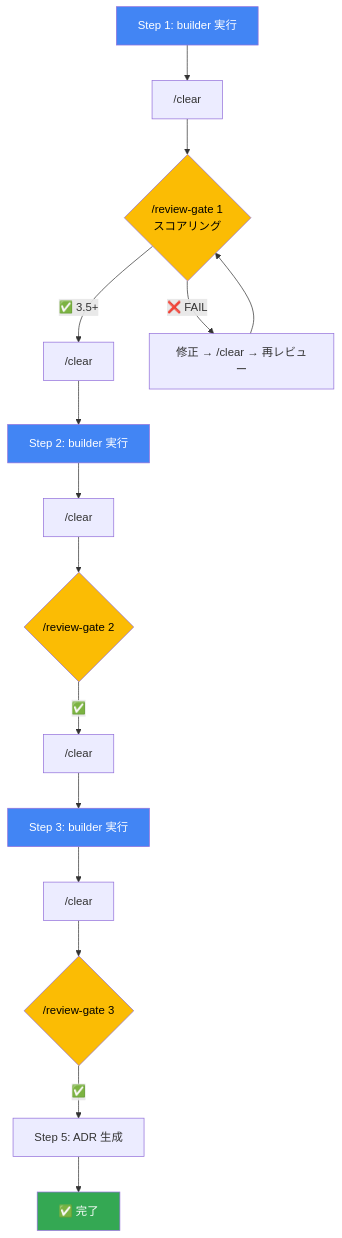
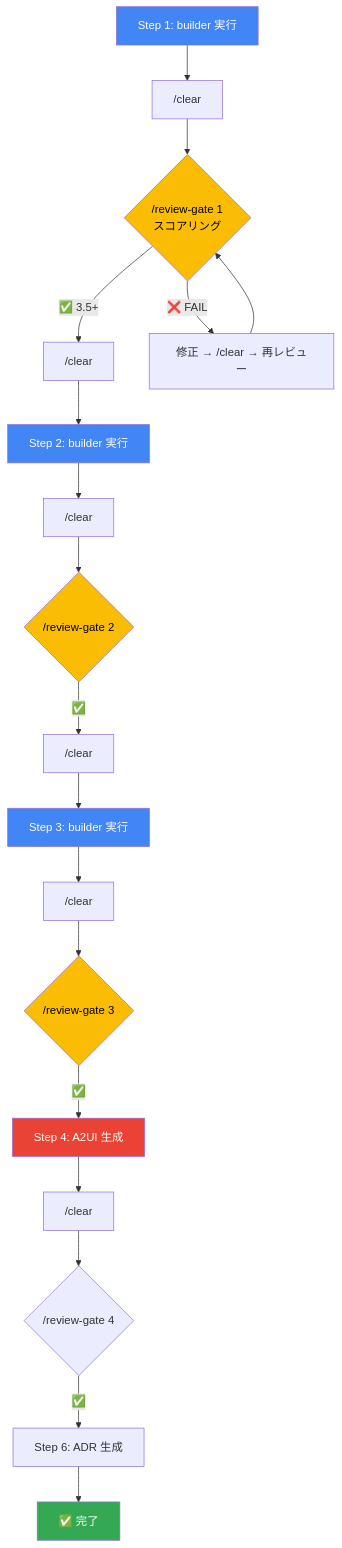
One commit to tyorikan/migration-with-ai changed the fifth of 5 diagrams in workshop-real/examples/HANDSON.md. Above: the diagram before and after it, drawn with Mermaid. The commit also changed other lines of this file and 17 other files, not shown here.

````diff
--- a/workshop-real/examples/HANDSON.md
+++ b/workshop-real/examples/HANDSON.md
@@ -735,25 +764,29 @@
 ```mermaid
 flowchart TD
     S1["Step 1: builder 実行"] --> CL1["/clear"]
     CL1 --> G1{"/review-gate 1\nスコアリング"}
     G1 -->|"✅ 3.5+"| CL2["/clear"]
     G1 -->|"❌ FAIL"| FIX1["修正 → /clear → 再レビュー"]
     FIX1 --> G1
     CL2 --> S2["Step 2: builder 実行"]
     S2 --> CL3["/clear"]
     CL3 --> G2{"/review-gate 2"}
     G2 -->|"✅"| CL4["/clear"]
     CL4 --> S3["Step 3: builder 実行"]
     S3 --> CL5["/clear"]
     CL5 --> G3{"/review-gate 3"}
-    G3 -->|"✅"| S5["Step 5: ADR 生成"]
-    S5 --> DONE["✅ 完了"]
+    G3 -->|"✅"| S4["Step 4: A2UI 生成"]
+    S4 --> CL7["/clear"]
+    CL7 --> G4{"/review-gate 4"}
+    G4 -->|"✅"| S6["Step 6: ADR 生成"]
+    S6 --> DONE["✅ 完了"]
 
     style S1 fill:#4285F4,color:#fff
     style S2 fill:#4285F4,color:#fff
     style S3 fill:#4285F4,color:#fff
+    style S4 fill:#EA4335,color:#fff
     style DONE fill:#34A853,color:#fff
     style G1 fill:#FBBC04,color:#000
     style G2 fill:#FBBC04,color:#000
     style G3 fill:#FBBC04,color:#000
 ```
````
